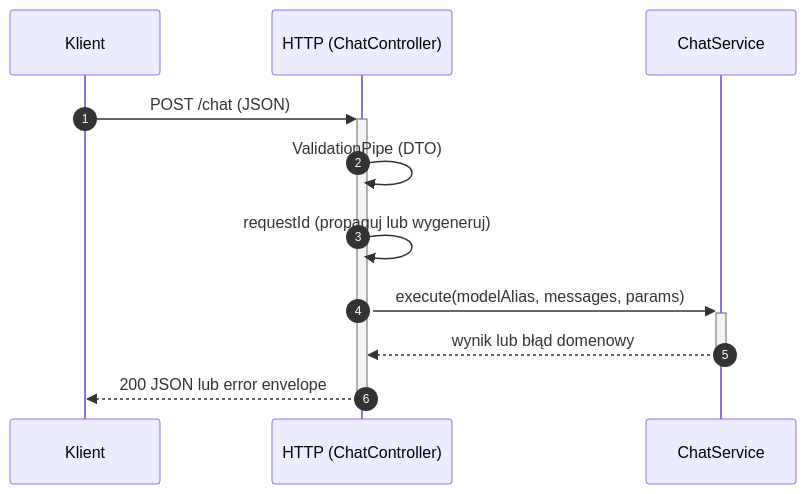
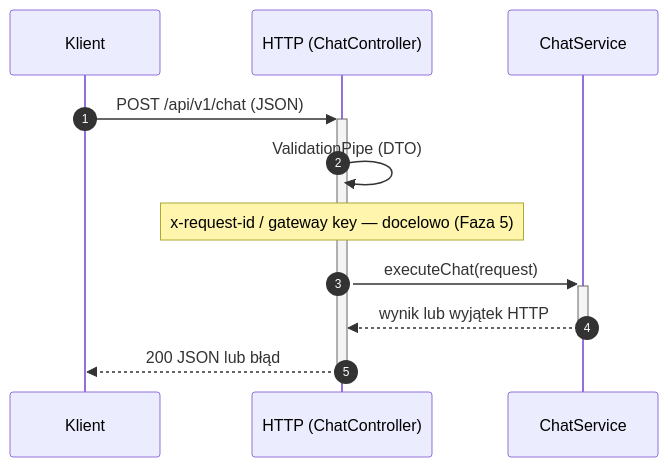
The first of 4 diagrams in docs/data_flow.md (matej2314/ai-provider-gateway), drawn with Mermaid before and after one commit. The commit also changed other lines of this file and 23 other files, not shown here.

Commit message:
Update project documentation. Refactor gateway configuration object, provider registry, chat service.

````diff
--- a/docs/data_flow.md
+++ b/docs/data_flow.md
@@ -22,14 +22,14 @@
 ```mermaid
 sequenceDiagram
   autonumber
   participant K as Klient
   participant H as HTTP (ChatController)
   participant S as ChatService
 
-  K->>+H: POST /chat (JSON)
+  K->>+H: POST /api/v1/chat (JSON)
   H->>H: ValidationPipe (DTO)
-  H->>H: requestId (propaguj lub wygeneruj)
-  H->>+S: execute(modelAlias, messages, params)
-  S-->>-H: wynik lub błąd domenowy
-  H-->>-K: 200 JSON lub error envelope
+  Note over H: x-request-id / gateway key — docelowo (Faza 5)
+  H->>+S: executeChat(request)
+  S-->>-H: wynik lub wyjątek HTTP
+  H-->>-K: 200 JSON lub błąd
 ```
````
